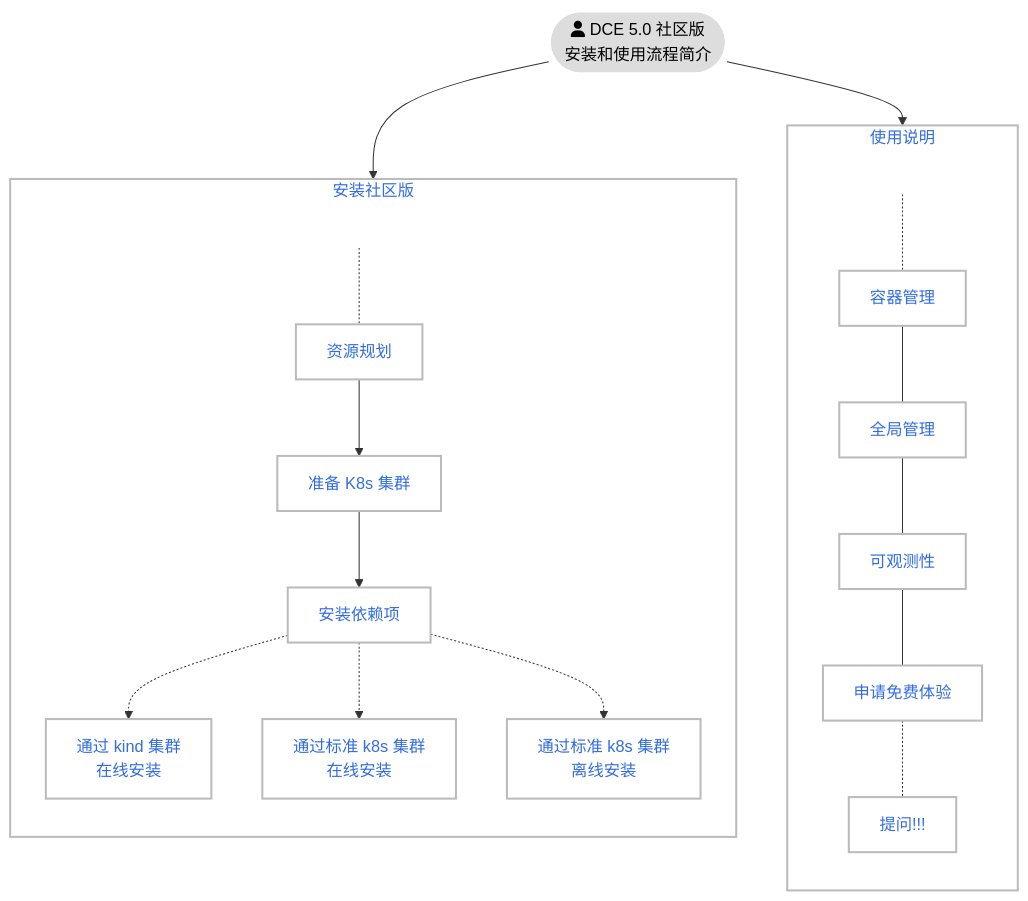
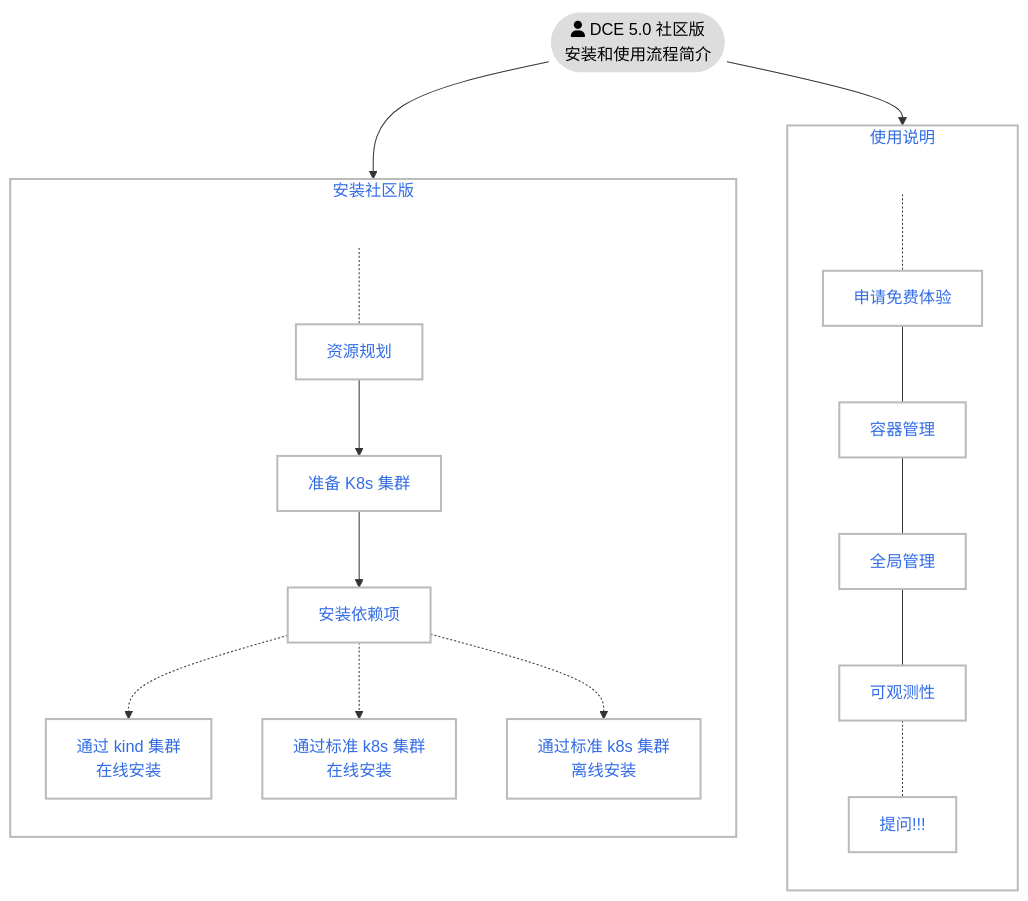
Before and after one commit to DaoCloud/DaoCloud-docs: the first of 2 diagrams in docs/zh/docs/install/intro.md, drawn with Mermaid. The commit also changed 3 other files, not shown here.

````diff
--- a/docs/zh/docs/install/intro.md
+++ b/docs/zh/docs/install/intro.md
@@ -17,49 +17,49 @@
 ```mermaid
 flowchart TB
 
 subgraph second[使用说明]
     direction TB
     U[ ] -.-
-    kpanda[容器管理] --- ghippo[全局管理]
+    free[申请免费体验] --- kpanda[容器管理]
+    kpanda --- ghippo[全局管理]
     ghippo --- insight[可观测性]
-    insight --- free[申请免费体验]
-    free -.- ask[提问!!!]
+    insight -.- ask[提问!!!]
 end
 
 subgraph first[安装社区版]
     direction TB
     S[ ] -.-
     plan[资源规划] --> k8s[准备 K8s 集群] 
     k8s --> tools[安装依赖项]
     tools -.-> kind[通过 kind 集群<br>在线安装]
     tools -.-> s1[通过标准 k8s 集群<br>在线安装]
     tools -.-> s2[通过标准 k8s 集群<br>离线安装]
 end
 
 start([fa:fa-user DCE 5.0 社区版<br>安装和使用流程简介]) --> first
 start --> second
 
 classDef grey fill:#dddddd,stroke:#ffffff,stroke-width:px,color:#000000, font-size:15px;
 classDef white fill:#ffffff,stroke:#000,stroke-width:px,color:#000,font-weight:bold
 classDef spacewhite fill:#ffffff,stroke:#fff,stroke-width:0px,color:#000
 classDef plain fill:#ddd,stroke:#fff,stroke-width:4px,color:#000;
 classDef k8s fill:#326ce5,stroke:#fff,stroke-width:4px,color:#fff;
 classDef cluster fill:#fff,stroke:#bbb,stroke-width:2px,color:#326ce5;
 
 class plan,k8s,tools,kind,s1,s2,kpanda,ghippo,insight,free,ask cluster;
 class start plain
 class S,U spacewhite
 
 click plan "https://docs.daocloud.io/install/community/resources/"
 click k8s "https://docs.daocloud.io/install/community/kind/online/#kind"
 click tools "https://docs.daocloud.io/install/install-tools/"
 click kind "https://docs.daocloud.io/install/community/kind/online/"
 click s1 "https://docs.daocloud.io/install/community/k8s/online/"
 click s2 "https://docs.daocloud.io/install/community/k8s/offline/"
 
 click kpanda "https://docs.daocloud.io/kpanda/03ProductBrief/WhatisKPanda/"
 click ghippo "https://docs.daocloud.io/ghippo/01ProductBrief/WhatisGhippo/"
 click insight "https://docs.daocloud.io/insight/03ProductBrief/WhatisInsight/"
 click free "https://docs.daocloud.io/dce/license0/"
 click ask "https://docs.daocloud.io/download/dce5/#_3"
 ```
````
